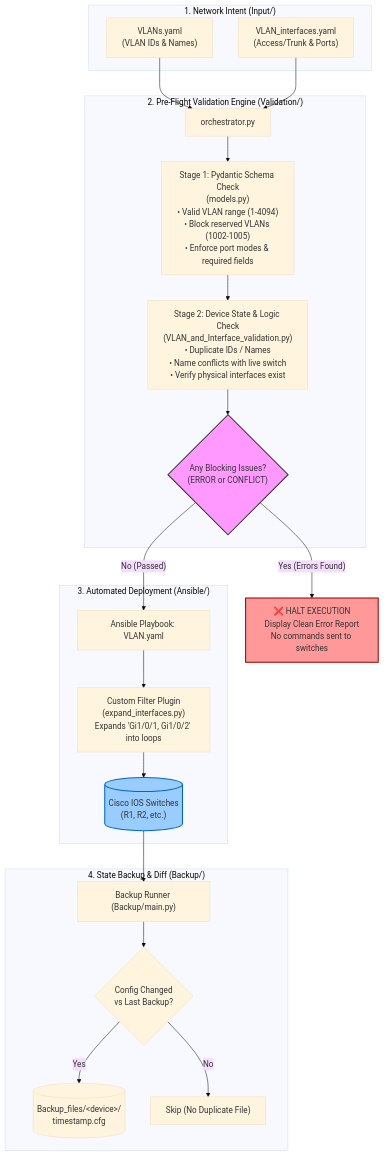
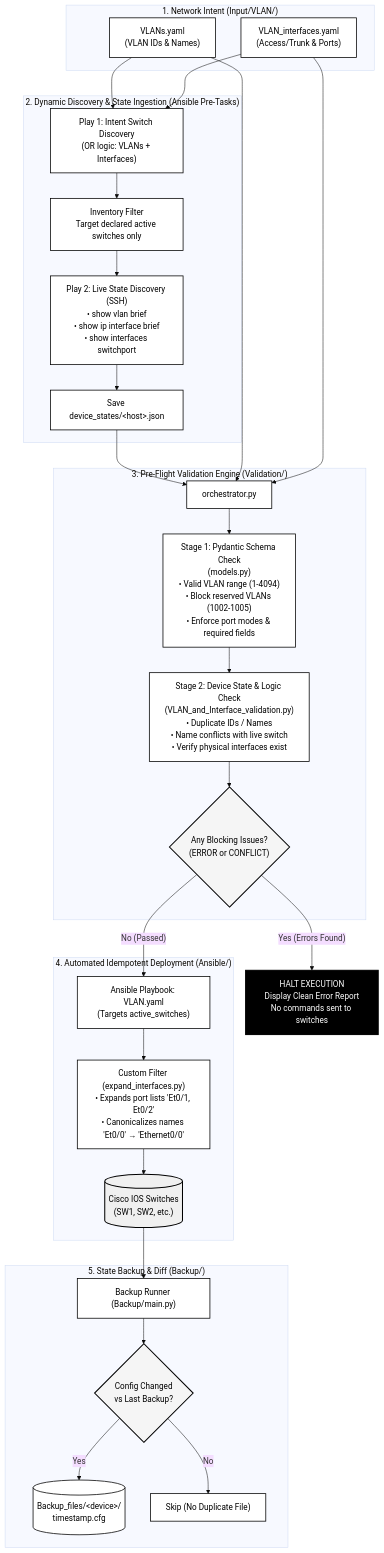
Before and after one commit to logesh-J-22/Netopsforge: the diagram in README.md, drawn with Mermaid (base theme). The commit also changed other lines of this file and 1 other file, not shown here.

Commit message:
docs: update README with black-and-white flowchart, current pipeline architecture, and clean file tree

````diff
--- a/README.md
+++ b/README.md
@@ -15,43 +15,59 @@
 ```mermaid
 flowchart TD
-    subgraph S1["1. Network Intent (Input/)"]
+    subgraph S1["1. Network Intent (Input/VLAN/)"]
         YAML1["VLANs.yaml<br/>(VLAN IDs & Names)"]
         YAML2["VLAN_interfaces.yaml<br/>(Access/Trunk & Ports)"]
     end
 
-    subgraph S2["2. Pre-Flight Validation Engine (Validation/)"]
+    subgraph S2["2. Dynamic Discovery & State Ingestion (Ansible Pre-Tasks)"]
+        DISCO["Play 1: Intent Switch Discovery<br/>(OR logic: VLANs + Interfaces)"]
+        FILTER["Inventory Filter<br/>Target declared active switches only"]
+        STATE["Play 2: Live State Discovery (SSH)<br/>• show vlan brief<br/>• show ip interface brief<br/>• show interfaces switchport"]
+        JSON["Save device_states/&lt;host&gt;.json"]
+
+        YAML1 & YAML2 --> DISCO --> FILTER --> STATE --> JSON
+    end
+
+    subgraph S3["3. Pre-Flight Validation Engine (Validation/)"]
         ORCH["orchestrator.py"]
         P1["Stage 1: Pydantic Schema Check<br/>(models.py)<br/>• Valid VLAN range (1-4094)<br/>• Block reserved VLANs (1002-1005)<br/>• Enforce port modes & required fields"]
         P2["Stage 2: Device State & Logic Check<br/>(VLAN_and_Interface_validation.py)<br/>• Duplicate IDs / Names<br/>• Name conflicts with live switch<br/>• Verify physical interfaces exist"]
         DECISION{"Any Blocking Issues?<br/>(ERROR or CONFLICT)"}
 
+        JSON --> ORCH
         YAML1 & YAML2 --> ORCH
         ORCH --> P1 --> P2 --> DECISION
     end
 
-    subgraph S3["3. Automated Deployment (Ansible/)"]
-        PLAYBOOK["Ansible Playbook: VLAN.yaml"]
-        FILTER["Custom Filter Plugin<br/>(expand_interfaces.py)<br/>Expands 'Gi1/0/1, Gi1/0/2' into loops"]
-        SWITCHES[("Cisco IOS Switches<br/>(R1, R2, etc.)")]
+    subgraph S4["4. Automated Idempotent Deployment (Ansible/)"]
+        PLAYBOOK["Ansible Playbook: VLAN.yaml<br/>(Targets active_switches)"]
+        CANONICAL["Custom Filter (expand_interfaces.py)<br/>• Expands port lists 'Et0/1, Et0/2'<br/>• Canonicalizes names 'Et0/0' → 'Ethernet0/0'"]
+        SWITCHES[("Cisco IOS Switches<br/>(SW1, SW2, etc.)")]
 
         DECISION -- "No (Passed)" --> PLAYBOOK
-        PLAYBOOK --> FILTER --> SWITCHES
+        PLAYBOOK --> CANONICAL --> SWITCHES
     end
 
-    subgraph S4["4. State Backup & Diff (Backup/)"]
+    subgraph S5["5. State Backup & Diff (Backup/)"]
         BACKUP["Backup Runner (Backup/main.py)"]
         DIFF{"Config Changed<br/>vs Last Backup?"}
         ARCHIVE[("Backup_files/&lt;device&gt;/<br/>timestamp.cfg")]
         SKIP["Skip (No Duplicate File)"]
 
         SWITCHES --> BACKUP --> DIFF
         DIFF -- "Yes" --> ARCHIVE
         DIFF -- "No" --> SKIP
     end
 
-    DECISION -- "Yes (Errors Found)" --> ABORT["❌ HALT EXECUTION<br/>Display Clean Error Report<br/>No commands sent to switches"]
+    DECISION -- "Yes (Errors Found)" --> ABORT["HALT EXECUTION<br/>Display Clean Error Report<br/>No commands sent to switches"]
 
-    style DECISION fill:#f9f,stroke:#333,stroke-width:2px
-    style ABORT fill:#ff9999,stroke:#900,stroke-width:2px
-    style SWITCHES fill:#99ccff,stroke:#0066cc,stroke-width:2px
+    classDef bwBox fill:#ffffff,stroke:#000000,stroke-width:1.5px,color:#000000
+    classDef bwDecision fill:#f5f5f5,stroke:#000000,stroke-width:2px,color:#000000
+    classDef bwHalt fill:#000000,stroke:#000000,stroke-width:2px,color:#ffffff
+    classDef bwDevice fill:#f0f0f0,stroke:#000000,stroke-width:2px,color:#000000
+
+    class YAML1,YAML2,DISCO,FILTER,STATE,JSON,ORCH,P1,P2,PLAYBOOK,CANONICAL,BACKUP,SKIP,ARCHIVE bwBox
+    class DECISION,DIFF bwDecision
+    class ABORT bwHalt
+    class SWITCHES bwDevice
 ```
````
